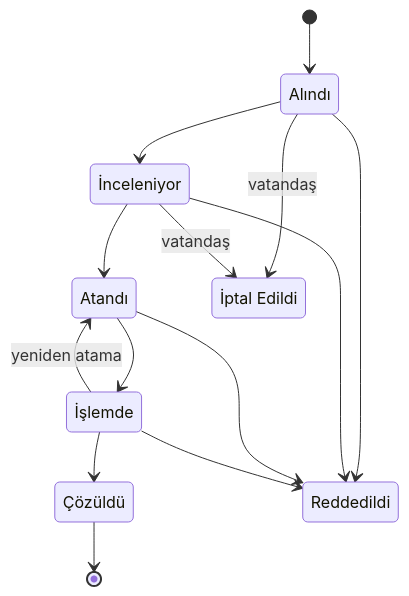
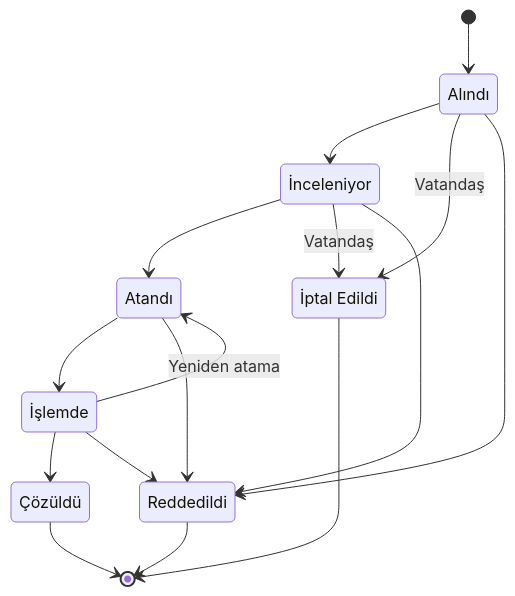
One commit to selanurayaz/kirsaliz changed the first of 3 diagrams in README.md. Above: the diagram before and after it, drawn with Mermaid. The commit also changed other lines of this file, not shown here.

Commit message:
fix: correct README Mermaid diagrams

````diff
--- a/README.md
+++ b/README.md
@@ -73,24 +73,26 @@
 ```mermaid
 stateDiagram-v2
     state "Alındı" as submitted
-    state "İnceleniyor" as under_review
+    state "İnceleniyor" as underReview
     state "Atandı" as assigned
-    state "İşlemde" as in_progress
+    state "İşlemde" as inProgress
     state "Çözüldü" as resolved
     state "Reddedildi" as rejected
     state "İptal Edildi" as cancelled
 
     [*] --> submitted
-    submitted --> under_review
-    under_review --> assigned
-    assigned --> in_progress
-    in_progress --> resolved
-    in_progress --> assigned : yeniden atama
-    submitted --> cancelled : vatandaş
-    under_review --> cancelled : vatandaş
+    submitted --> underReview
+    underReview --> assigned
+    assigned --> inProgress
+    inProgress --> resolved
+    inProgress --> assigned: Yeniden atama
+    submitted --> cancelled: Vatandaş
+    underReview --> cancelled: Vatandaş
     submitted --> rejected
-    under_review --> rejected
+    underReview --> rejected
     assigned --> rejected
-    in_progress --> rejected
+    inProgress --> rejected
     resolved --> [*]
+    rejected --> [*]
+    cancelled --> [*]
 ```
````
